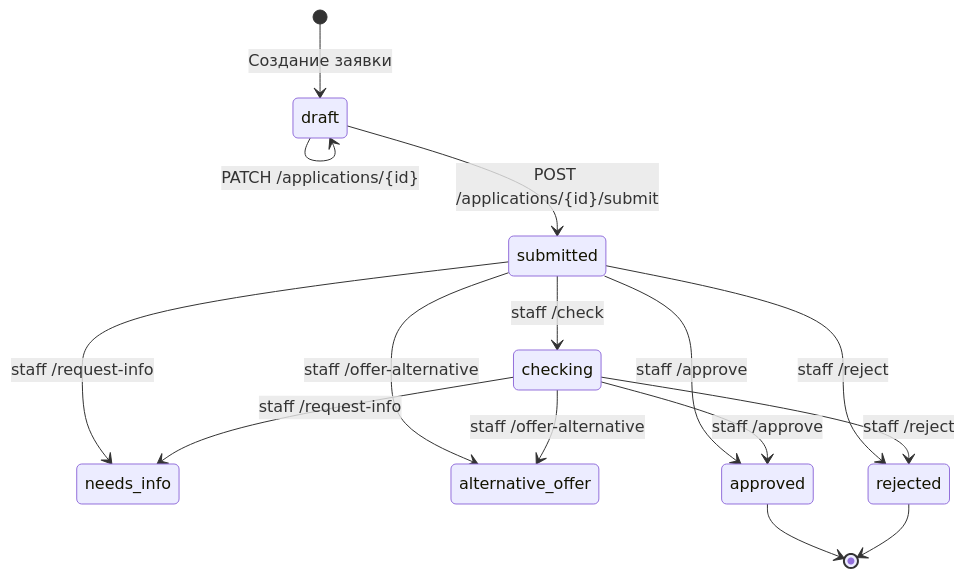
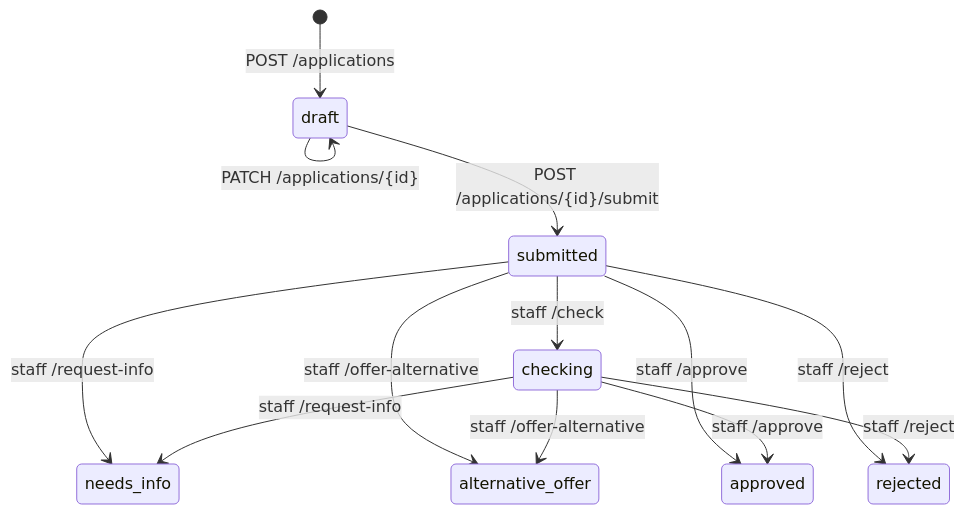
Before and after one commit to lllyll45/smart-credit-cabinet: the diagram in docs/application-states.md, drawn with Mermaid. The commit also changed other lines of this file and 23 other files, not shown here.

````diff
--- a/docs/application-states.md
+++ b/docs/application-states.md
@@ -17,20 +19,17 @@
 ```mermaid
 stateDiagram-v2
-    [*] --> draft: Создание заявки
+    [*] --> draft: POST /applications
     draft --> draft: PATCH /applications/{id}
     draft --> submitted: POST /applications/{id}/submit
 
     submitted --> checking: staff /check
     submitted --> needs_info: staff /request-info
     submitted --> alternative_offer: staff /offer-alternative
     submitted --> approved: staff /approve
     submitted --> rejected: staff /reject
 
     checking --> needs_info: staff /request-info
     checking --> alternative_offer: staff /offer-alternative
     checking --> approved: staff /approve
     checking --> rejected: staff /reject
-
-    approved --> [*]
-    rejected --> [*]
 ```
````
